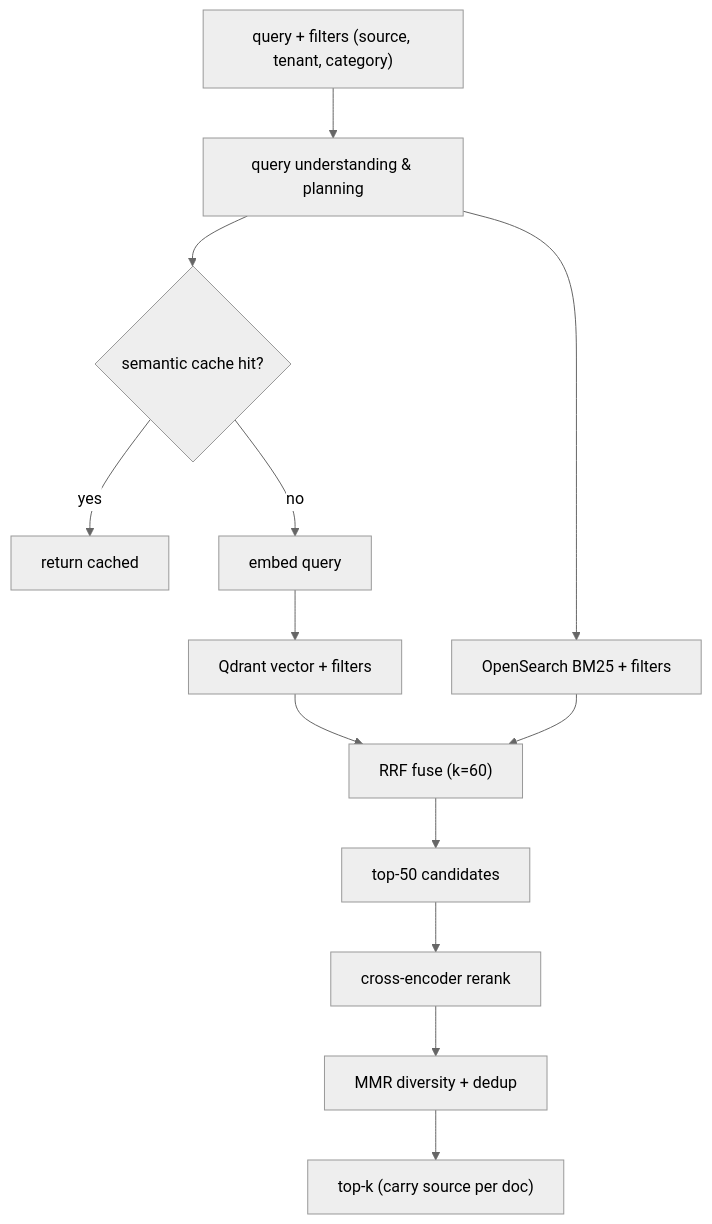
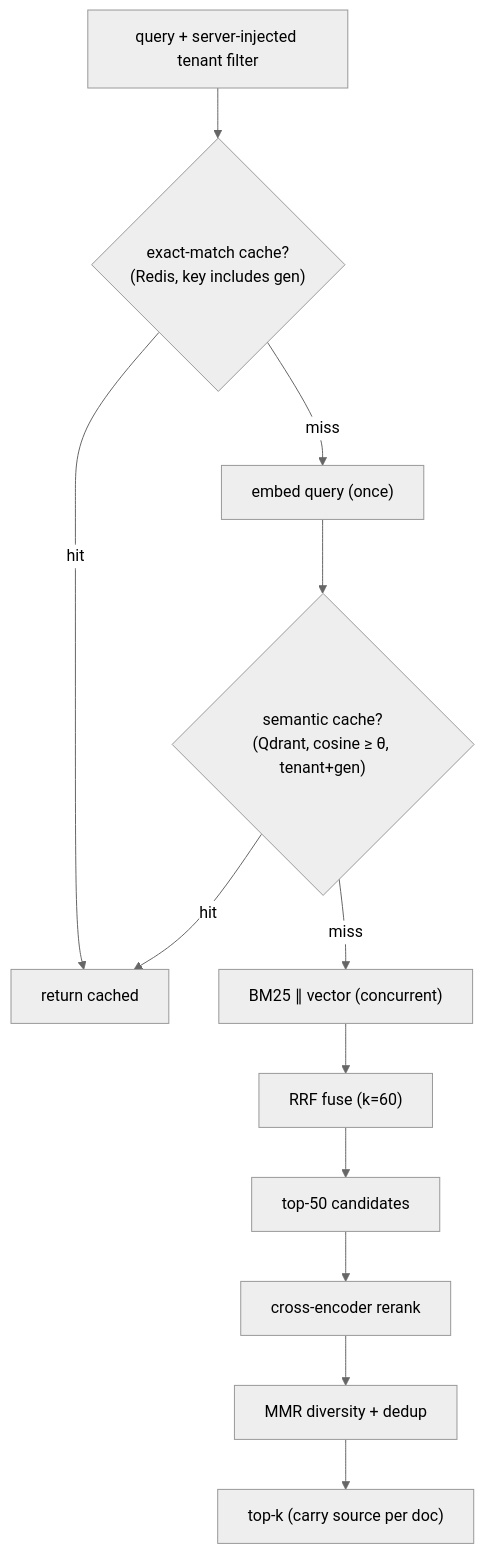
Before and after one commit to Animesh-roy100/search-and-retrieval-system: the fifth of 12 diagrams in docs/LLD.md, drawn with Mermaid (neutral theme). The commit also changed other lines of this file and 1 other file, not shown here.

````diff
--- a/docs/LLD.md
+++ b/docs/LLD.md
@@ -252,15 +261,14 @@
 ```mermaid
 flowchart TD
-    Q["query + filters (source, tenant, category)"] --> PLAN["query understanding & planning"]
-    PLAN --> CACHE{"semantic cache hit?"}
-    CACHE -->|yes| RET["return cached"]
-    CACHE -->|no| EMB["embed query"]
-    PLAN --> BM25["OpenSearch BM25 + filters"]
-    EMB --> VEC["Qdrant vector + filters"]
-    BM25 --> RRF["RRF fuse (k=60)"]
-    VEC --> RRF
+    Q["query + server-injected tenant filter"] --> EXACT{"exact-match cache?<br/>(Redis, key includes gen)"}
+    EXACT -->|hit| RET["return cached"]
+    EXACT -->|miss| EMB["embed query (once)"]
+    EMB --> SEM{"semantic cache?<br/>(Qdrant, cosine ≥ θ, tenant+gen)"}
+    SEM -->|hit| RET
+    SEM -->|miss| PAR["BM25 ∥ vector (concurrent)"]
+    PAR --> RRF["RRF fuse (k=60)"]
     RRF --> TOP["top-50 candidates"]
     TOP --> RERANK["cross-encoder rerank"]
     RERANK --> MMR["MMR diversity + dedup"]
     MMR --> OUT["top-k (carry source per doc)"]
 ```
````
